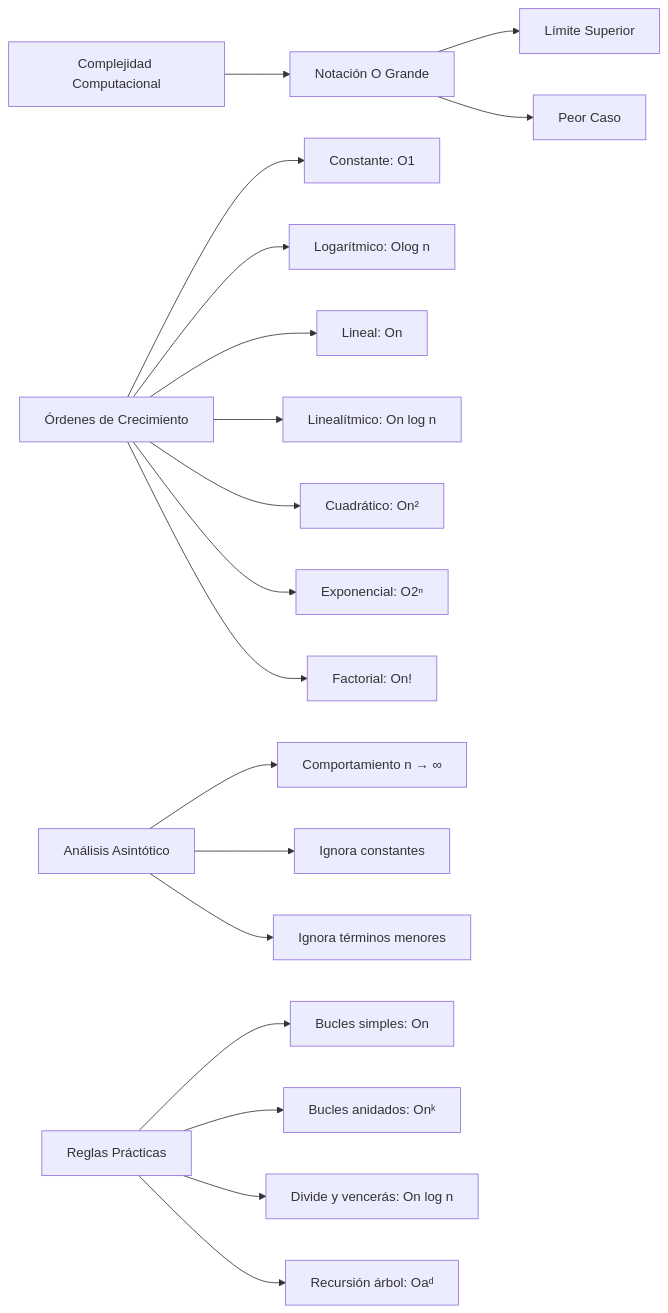
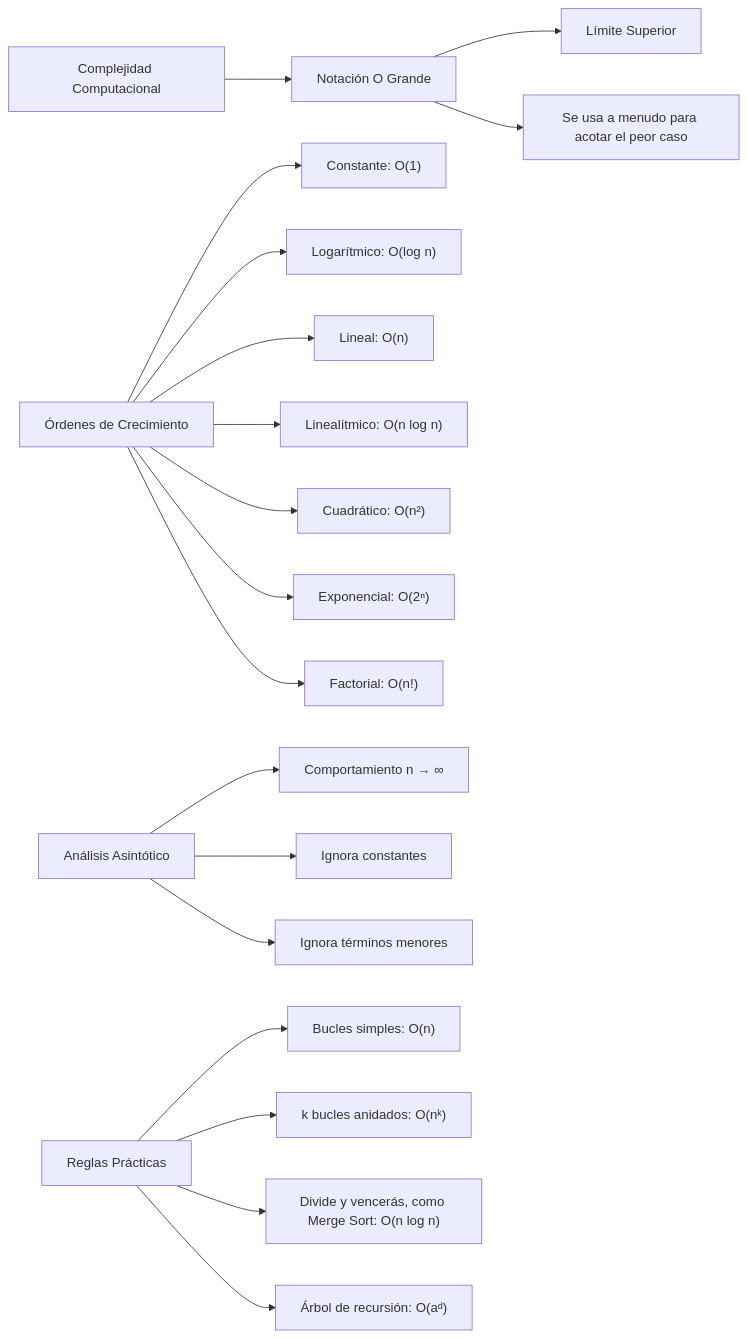
The diagram in public/documents/semester-2/2/2221.md (djaimej/computer-science-template), drawn with Mermaid before and after one commit. The commit also changed other lines of this file and 44 other files, not shown here.

````diff
--- a/public/documents/semester-2/2/2221.md
+++ b/public/documents/semester-2/2/2221.md
@@ -201,31 +201,31 @@
 ```mermaid
 graph LR
     A[Complejidad Computacional] --> B[Notación O Grande]
     B --> C[Límite Superior]
-    B --> D[Peor Caso]
+    B --> D[Se usa a menudo para acotar el peor caso]
 
-    E[Órdenes de Crecimiento] --> F[Constante: O1]
-    E --> G[Logarítmico: Olog n]
-    E --> H[Lineal: On]
-    E --> I[Linealítmico: On log n]
-    E --> J[Cuadrático: On²]
-    E --> K[Exponencial: O2ⁿ]
-    E --> L[Factorial: On!]
+    E[Órdenes de Crecimiento] --> F["Constante: O(1)"]
+    E --> G["Logarítmico: O(log n)"]
+    E --> H["Lineal: O(n)"]
+    E --> I["Linealítmico: O(n log n)"]
+    E --> J["Cuadrático: O(n²)"]
+    E --> K["Exponencial: O(2ⁿ)"]
+    E --> L["Factorial: O(n!)"]
 
     M[Análisis Asintótico] --> N[Comportamiento n → ∞]
     M --> O[Ignora constantes]
     M --> P[Ignora términos menores]
 
-    Q[Reglas Prácticas] --> R[Bucles simples: On]
-    Q --> S[Bucles anidados: Onᵏ]
-    Q --> T[Divide y vencerás: On log n]
-    Q --> U[Recursión árbol: Oaᵈ]
+    Q[Reglas Prácticas] --> R["Bucles simples: O(n)"]
+    Q --> S["k bucles anidados: O(nᵏ)"]
+    Q --> T["Divide y vencerás, como Merge Sort: O(n log n)"]
+    Q --> U["Árbol de recursión: O(aᵈ)"]
 
     F:::orange
     G:::razzmatazz
     H:::caribbean
     I:::lazuli
     J:::inchworm
     K:::green
     L:::dandelion
 ```
````
